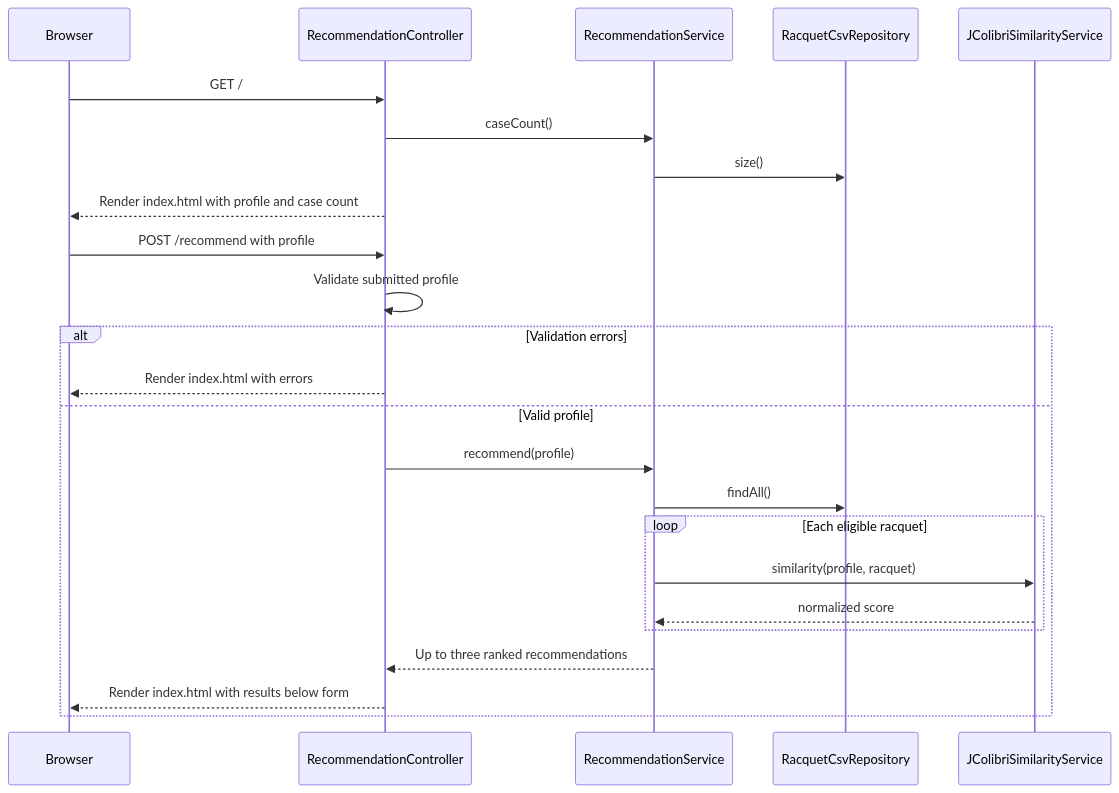
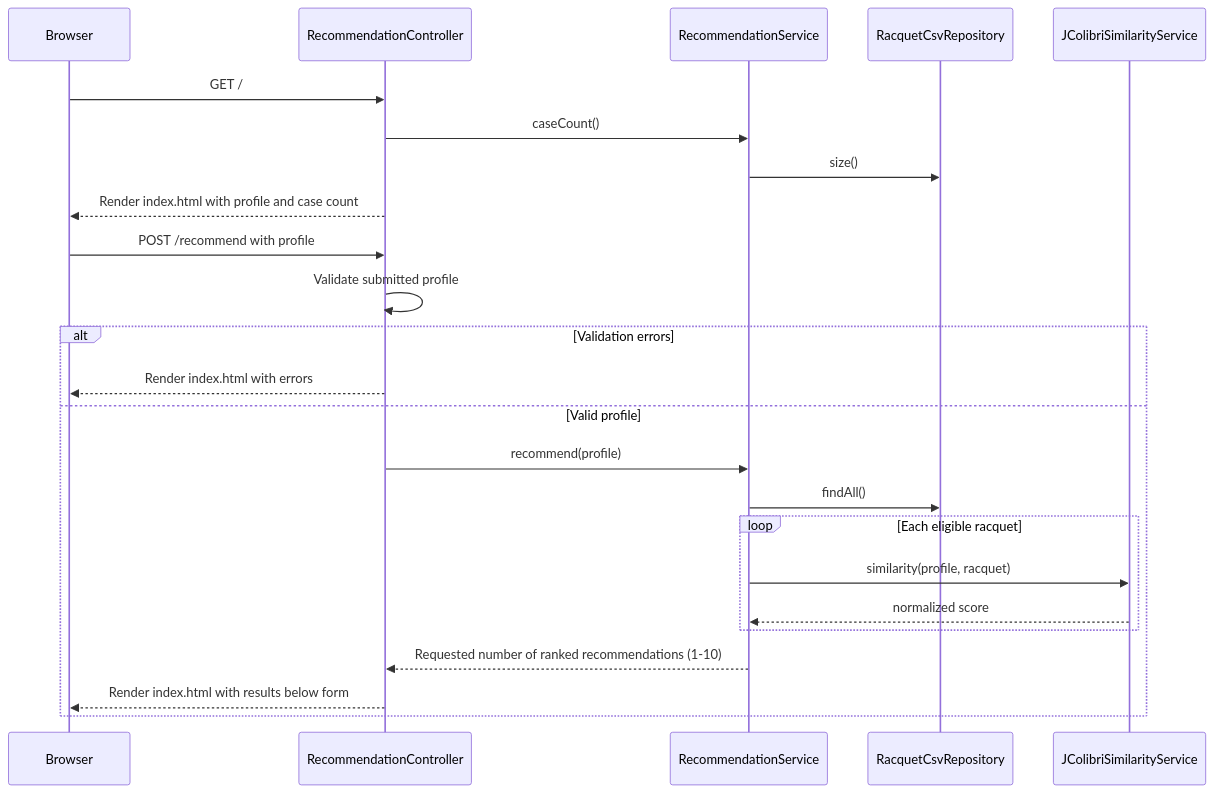
The diagram in READMEV2.MD (KalaiElan/Tennis_Racquet_CBR), drawn with Mermaid before and after one commit. The commit also changed other lines of this file and 1 other file, not shown here.

````diff
--- a/READMEV2.MD
+++ b/READMEV2.MD
@@ -50,27 +53,27 @@
 ```mermaid
 sequenceDiagram
     participant Browser
     participant Controller as RecommendationController
     participant Service as RecommendationService
     participant Repository as RacquetCsvRepository
     participant Similarity as JColibriSimilarityService
 
     Browser->>Controller: GET /
     Controller->>Service: caseCount()
     Service->>Repository: size()
     Controller-->>Browser: Render index.html with profile and case count
     Browser->>Controller: POST /recommend with profile
     Controller->>Controller: Validate submitted profile
     alt Validation errors
         Controller-->>Browser: Render index.html with errors
     else Valid profile
         Controller->>Service: recommend(profile)
         Service->>Repository: findAll()
         loop Each eligible racquet
             Service->>Similarity: similarity(profile, racquet)
             Similarity-->>Service: normalized score
         end
-        Service-->>Controller: Up to three ranked recommendations
+        Service-->>Controller: Requested number of ranked recommendations (1-10)
         Controller-->>Browser: Render index.html with results below form
     end
 ```
````
